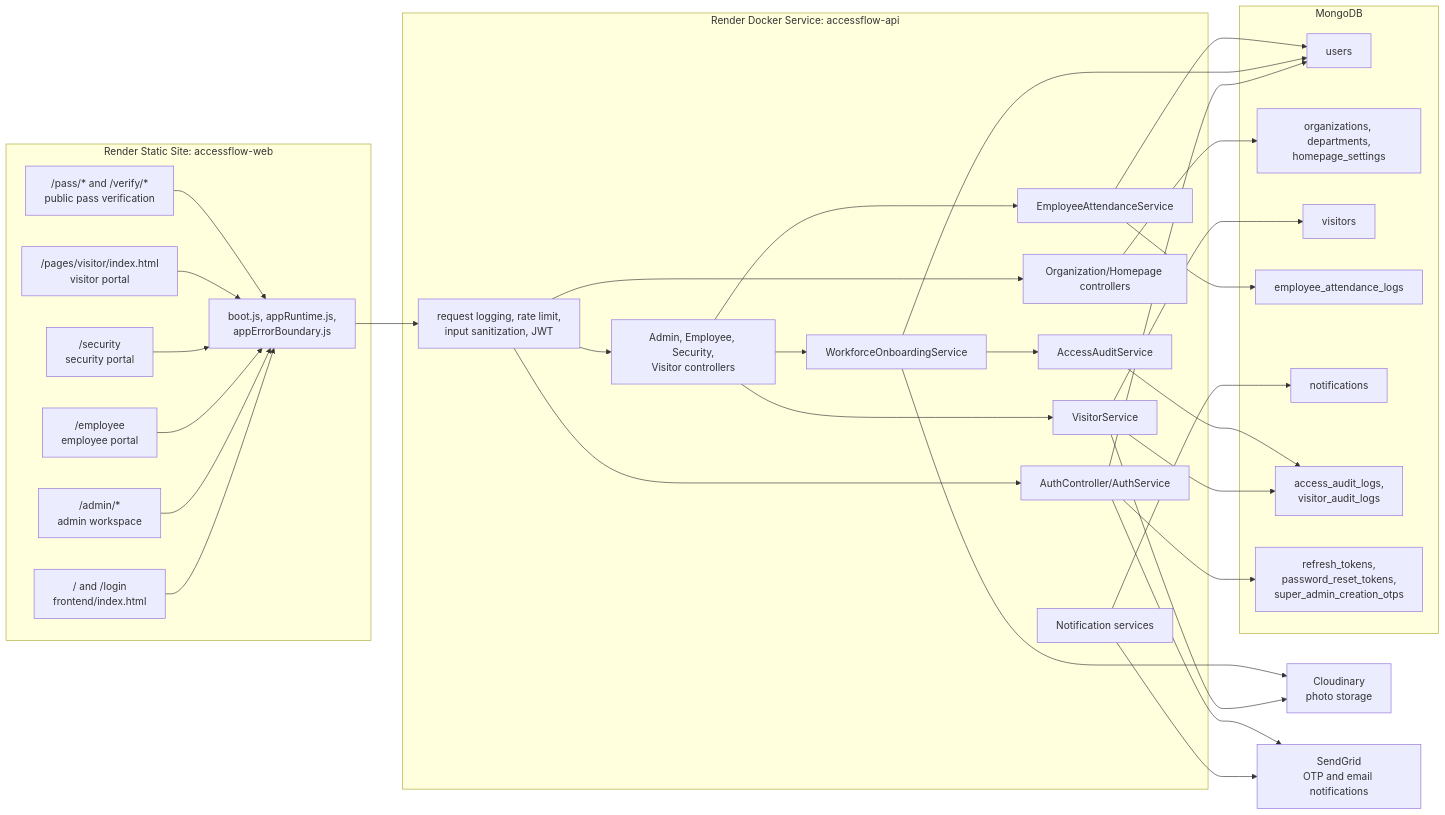
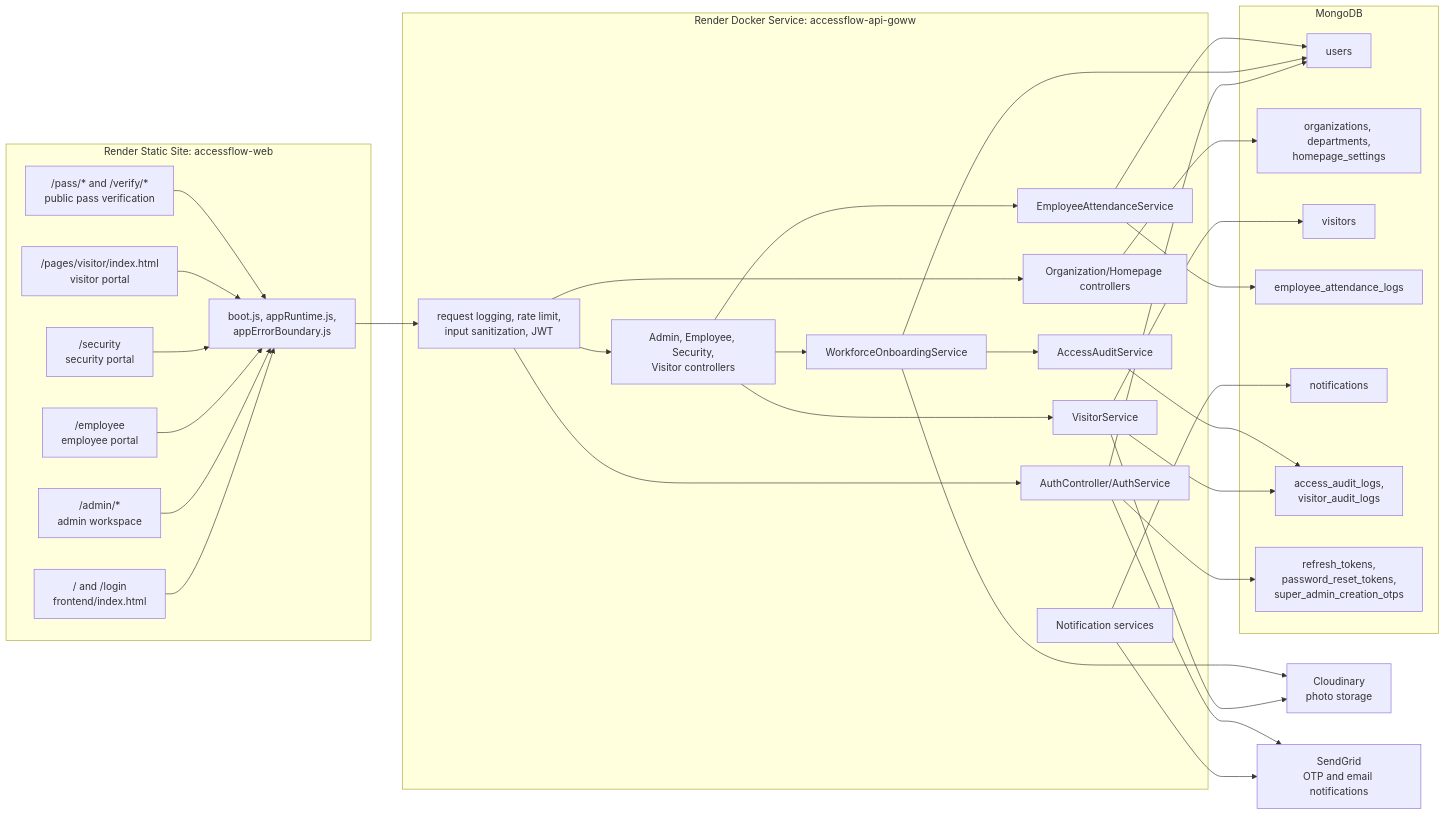
The first of 32 diagrams in PROJECT_OVERVIEW.md (digitaldodo/visitor-management-system), drawn with Mermaid before and after one commit. The commit also changed other lines of this file and 7 other files, not shown here.

````diff
--- a/PROJECT_OVERVIEW.md
+++ b/PROJECT_OVERVIEW.md
@@ -25,66 +25,66 @@
 ```mermaid
 flowchart LR
     subgraph FE["Render Static Site: accessflow-web"]
         Login["/ and /login<br/>frontend/index.html"]
         Admin["/admin/*<br/>admin workspace"]
         Employee["/employee<br/>employee portal"]
         Security["/security<br/>security portal"]
         Visitor["/pages/visitor/index.html<br/>visitor portal"]
         Pass["/pass/* and /verify/*<br/>public pass verification"]
         Runtime["boot.js, appRuntime.js,<br/>appErrorBoundary.js"]
     end
 
-    subgraph API["Render Docker Service: accessflow-api"]
+    subgraph API["Render Docker Service: accessflow-api-goww"]
         Filters["request logging, rate limit,<br/>input sanitization, JWT"]
         Auth["AuthController/AuthService"]
         Portal["Admin, Employee, Security,<br/>Visitor controllers"]
         Org["Organization/Homepage controllers"]
         VisitorSvc["VisitorService"]
         Workforce["WorkforceOnboardingService"]
         Attendance["EmployeeAttendanceService"]
         Notify["Notification services"]
         Audit["AccessAuditService"]
     end
 
     subgraph DB["MongoDB"]
         Users["users"]
         Orgs["organizations, departments,<br/>homepage_settings"]
         Visitors["visitors"]
         AttendanceLogs["employee_attendance_logs"]
         Notifications["notifications"]
         AuditLogs["access_audit_logs,<br/>visitor_audit_logs"]
         Tokens["refresh_tokens,<br/>password_reset_tokens,<br/>super_admin_creation_otps"]
     end
 
     Cloudinary["Cloudinary<br/>photo storage"]
     SendGrid["SendGrid<br/>OTP and email notifications"]
 
     Login --> Runtime
     Admin --> Runtime
     Employee --> Runtime
     Security --> Runtime
     Visitor --> Runtime
     Pass --> Runtime
     Runtime --> Filters
     Filters --> Auth
     Filters --> Portal
     Filters --> Org
     Portal --> VisitorSvc
     Portal --> Workforce
     Portal --> Attendance
     Auth --> Users
     Auth --> Tokens
     Org --> Orgs
     VisitorSvc --> Visitors
     VisitorSvc --> AuditLogs
     Workforce --> Users
     Workforce --> Audit
     Attendance --> Users
     Attendance --> AttendanceLogs
     Notify --> Notifications
     Audit --> AuditLogs
     VisitorSvc --> Cloudinary
     Workforce --> Cloudinary
     Notify --> SendGrid
     Auth --> SendGrid
 ```
````
